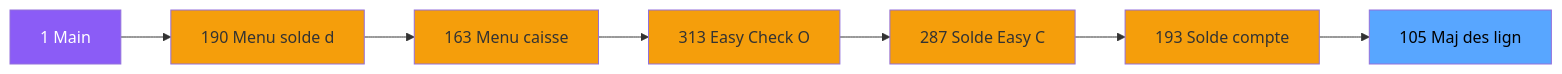
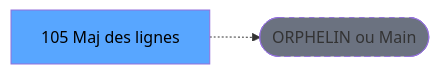
One commit to thonyAGP/lecteur-magic changed the second of 3 diagrams in .openspec/renders/ADH-IDE-105.md. Above: the diagram before and after it, drawn with Mermaid. The commit also changed other lines of this file and 701 other files, not shown here.

````diff
--- a/.openspec/renders/ADH-IDE-105.md
+++ b/.openspec/renders/ADH-IDE-105.md
@@ -127,23 +120,8 @@
 ```mermaid
 graph LR
-    M[1 Main]
-    N190[190 Menu solde d]
-    N163[163 Menu caisse ]
-    N313[313 Easy Check O]
-    N287[287 Solde Easy C]
-    N193[193 Solde compte]
-    T[105 Maj des lign]
-    M --> N190
-    N190 --> N163
-    N163 --> N313
-    N313 --> N287
-    N287 --> N193
-    N193 --> T
-    style M fill:#8b5cf6,color:#fff
-    style N190 fill:#f59e0b
-    style N163 fill:#f59e0b
-    style N313 fill:#f59e0b
-    style N287 fill:#f59e0b
-    style N193 fill:#f59e0b
+    T[105 Maj des lignes ]
+    ORPHAN([ORPHELIN ou Main])
+    T -.-> ORPHAN
     style T fill:#58a6ff,color:#000
+    style ORPHAN fill:#6b7280,stroke-dasharray: 5 5
 ```
````
